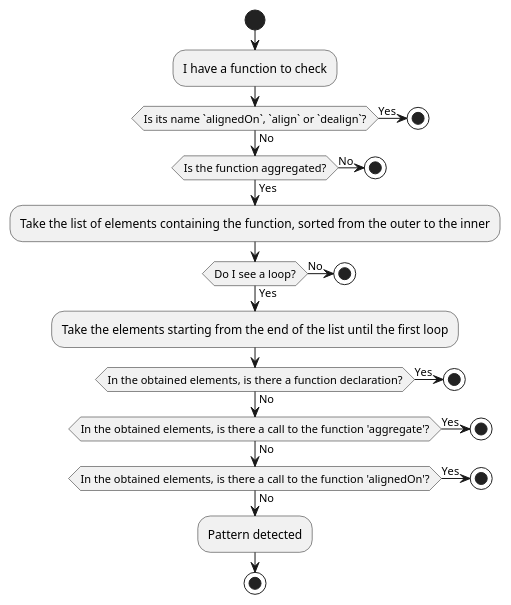
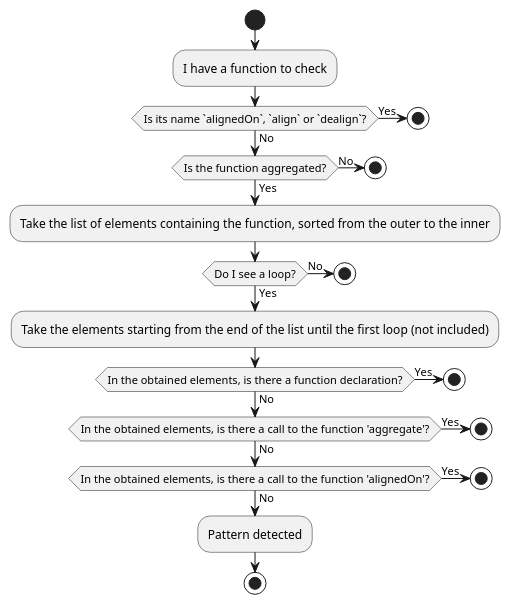
One commit to FreshMag/thesis changed the diagram in plantuml/p2-flowchart.puml. Above: the diagram before and after it, drawn with PlantUML. The commit also changed 4 other files, not shown here.

Commit message:
refactor: revisioned chapter 3 written parts as well as diagrams and listings contained

```diff
--- a/plantuml/p2-flowchart.puml
+++ b/plantuml/p2-flowchart.puml
@@ -1,32 +1,32 @@
 @startuml p2-flowchart
 start
 :I have a function to check;
 if (Is its name `alignedOn`, `align` or `dealign`?) then (Yes) 
 	stop
 else (No)
 	if (Is the function aggregated?) then (No)
 		stop
 	else (Yes)
 	:Take the list of elements containing the function, sorted from the outer to the inner;
 		if (Do I see a loop?) then (No)
 			stop
 		else (Yes)
-			:Take the elements starting from the end of the list until the first loop;
+			:Take the elements starting from the end of the list until the first loop (not included);
 			if (In the obtained elements, is there a function declaration?) then (Yes)
 				stop
 			else (No)
 				if (In the obtained elements, is there a call to the function 'aggregate'?) then (Yes)
 					stop
 				else (No)
 					if (In the obtained elements, is there a call to the function 'alignedOn'?) then (Yes)
 						stop
 					else (No)
 						:Pattern detected;
 						stop
 					endif
 				endif
 			endif
 		endif
 	endif
 endif
 @enduml
```
